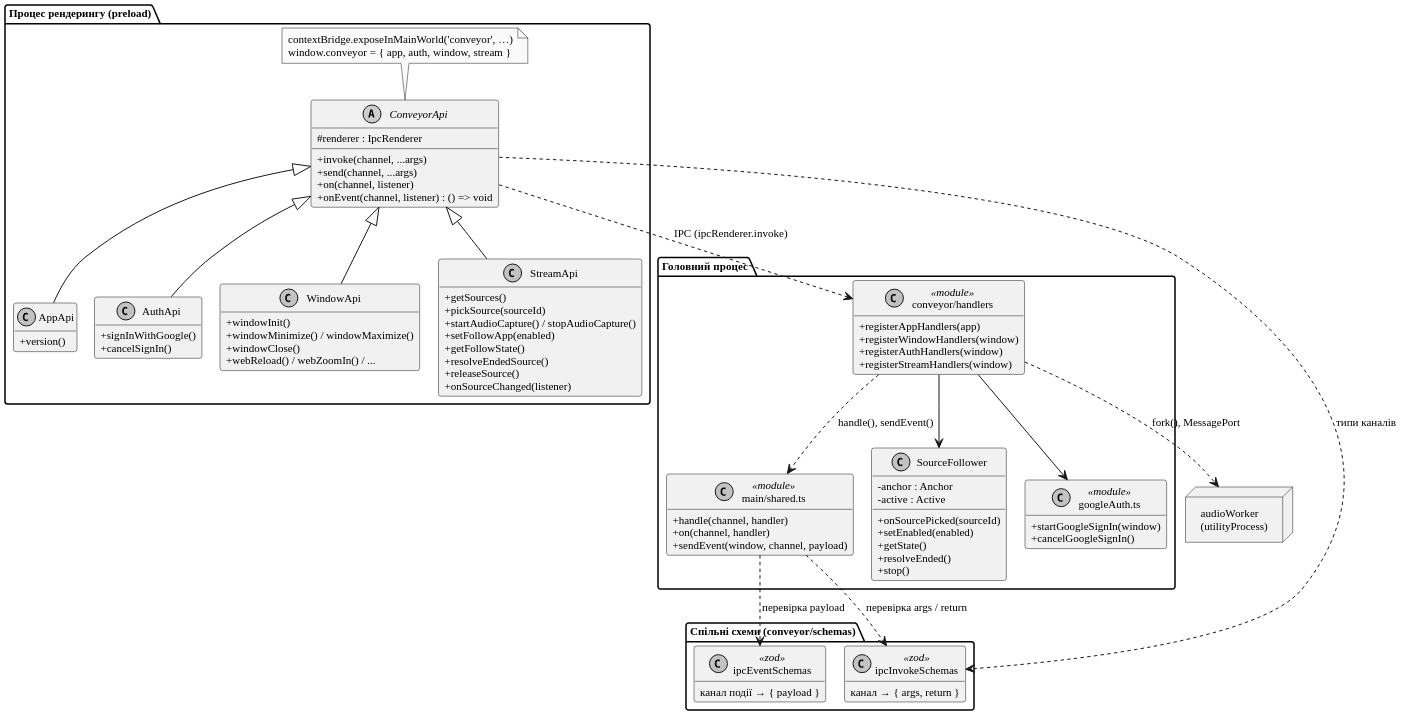
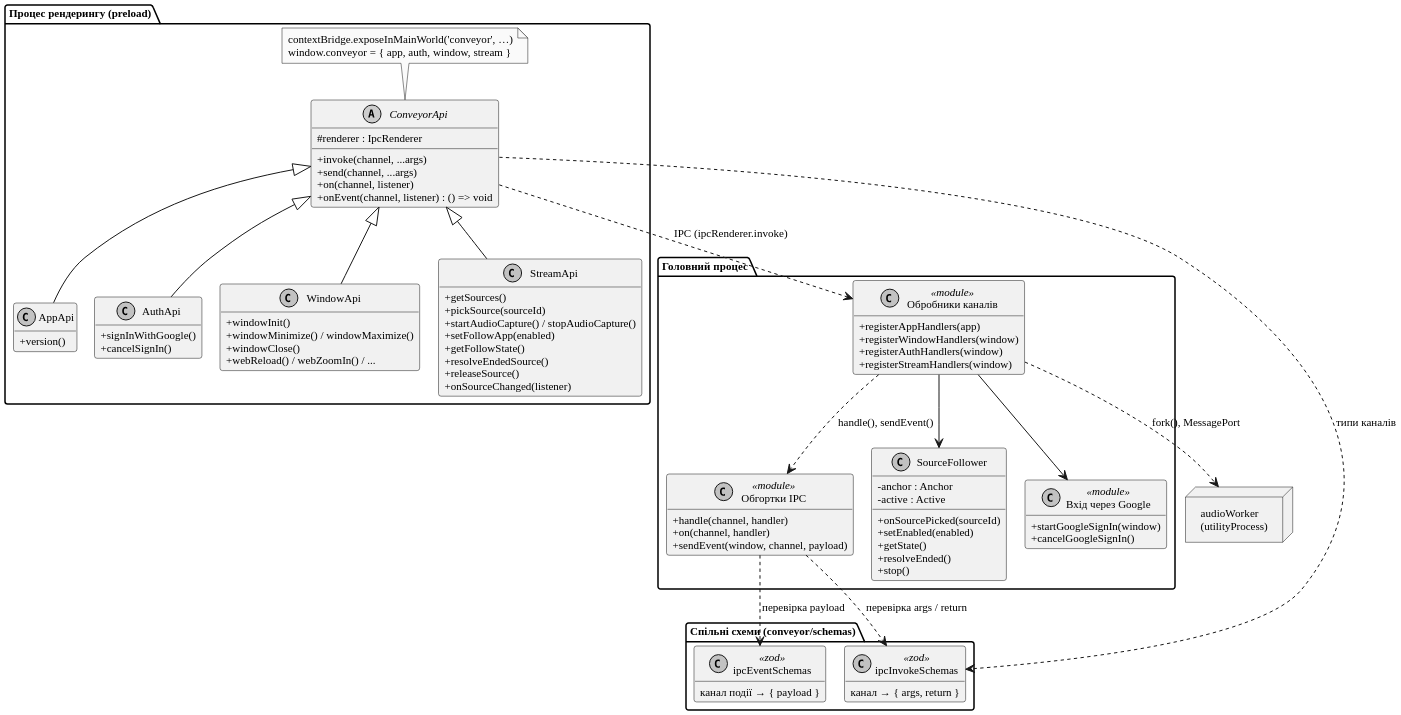
One commit to Nikitos1926/stream-share changed the diagram in thesis/diagrams/fig-classes-conveyor.puml. Above: the diagram before and after it, drawn with PlantUML. The commit also changed 16 other files, not shown here.

First line of the commit message:
thesis: style pass on ch.3 and ch.4.2–4.6 — no x.y.z points, no inline code, no paths; diagram labels by role

```diff
--- a/thesis/diagrams/fig-classes-conveyor.puml
+++ b/thesis/diagrams/fig-classes-conveyor.puml
@@ -1,98 +1,98 @@
 @startuml
 !pragma layout smetana
 skinparam defaultFontName "Liberation Serif"
 skinparam dpi 200
 skinparam shadowing false
 skinparam monochrome true
 skinparam defaultFontSize 11
 hide empty members
 allowmixing
 top to bottom direction
 skinparam classAttributeIconSize 0
 
 package "Процес рендерингу (preload)" {
   abstract class ConveyorApi {
     # renderer : IpcRenderer
     + invoke(channel, ...args)
     + send(channel, ...args)
     + on(channel, listener)
     + onEvent(channel, listener) : () => void
   }
   class AppApi {
     + version()
   }
   class AuthApi {
     + signInWithGoogle()
     + cancelSignIn()
   }
   class WindowApi {
     + windowInit()
     + windowMinimize() / windowMaximize()
     + windowClose()
     + webReload() / webZoomIn() / ...
   }
   class StreamApi {
     + getSources()
     + pickSource(sourceId)
     + startAudioCapture() / stopAudioCapture()
     + setFollowApp(enabled)
     + getFollowState()
     + resolveEndedSource()
     + releaseSource()
     + onSourceChanged(listener)
   }
   note "contextBridge.exposeInMainWorld('conveyor', …)\nwindow.conveyor = { app, auth, window, stream }" as N1
 }
 
 package "Спільні схеми (conveyor/schemas)" {
   class ipcInvokeSchemas <<zod>> {
     канал → { args, return }
   }
   class ipcEventSchemas <<zod>> {
     канал події → { payload }
   }
 }
 
 package "Головний процес" {
-  class "main/shared.ts" as shared <<module>> {
+  class "Обгортки IPC" as shared <<module>> {
     + handle(channel, handler)
     + on(channel, handler)
     + sendEvent(window, channel, payload)
   }
-  class "conveyor/handlers" as handlers <<module>> {
+  class "Обробники каналів" as handlers <<module>> {
     + registerAppHandlers(app)
     + registerWindowHandlers(window)
     + registerAuthHandlers(window)
     + registerStreamHandlers(window)
   }
   class SourceFollower {
     - anchor : Anchor
     - active : Active
     + onSourcePicked(sourceId)
     + setEnabled(enabled)
     + getState()
     + resolveEnded()
     + stop()
   }
-  class "googleAuth.ts" as googleAuth <<module>> {
+  class "Вхід через Google" as googleAuth <<module>> {
     + startGoogleSignIn(window)
     + cancelGoogleSignIn()
   }
 }
 node "audioWorker\n(utilityProcess)" as audio
 
 ConveyorApi <|-- AppApi
 ConveyorApi <|-- AuthApi
 ConveyorApi <|-- WindowApi
 ConveyorApi <|-- StreamApi
 N1 .. ConveyorApi
 
 ConveyorApi ..> ipcInvokeSchemas : типи каналів
 shared ..> ipcInvokeSchemas : перевірка args / return
 shared ..> ipcEventSchemas : перевірка payload
 handlers ..> shared : handle(), sendEvent()
 handlers --> SourceFollower
 handlers --> googleAuth
 handlers ..> audio : fork(), MessagePort
 ConveyorApi ..> handlers : IPC (ipcRenderer.invoke)
 @enduml
```
